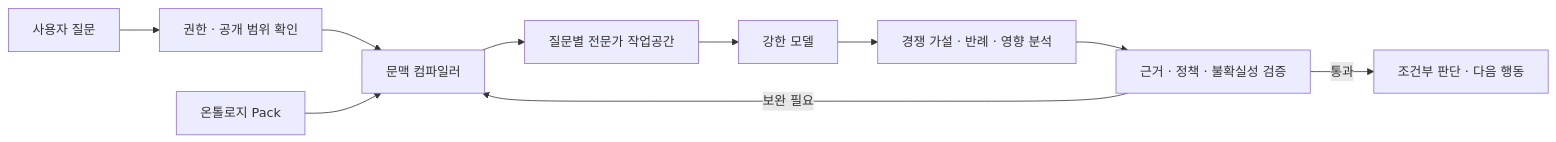
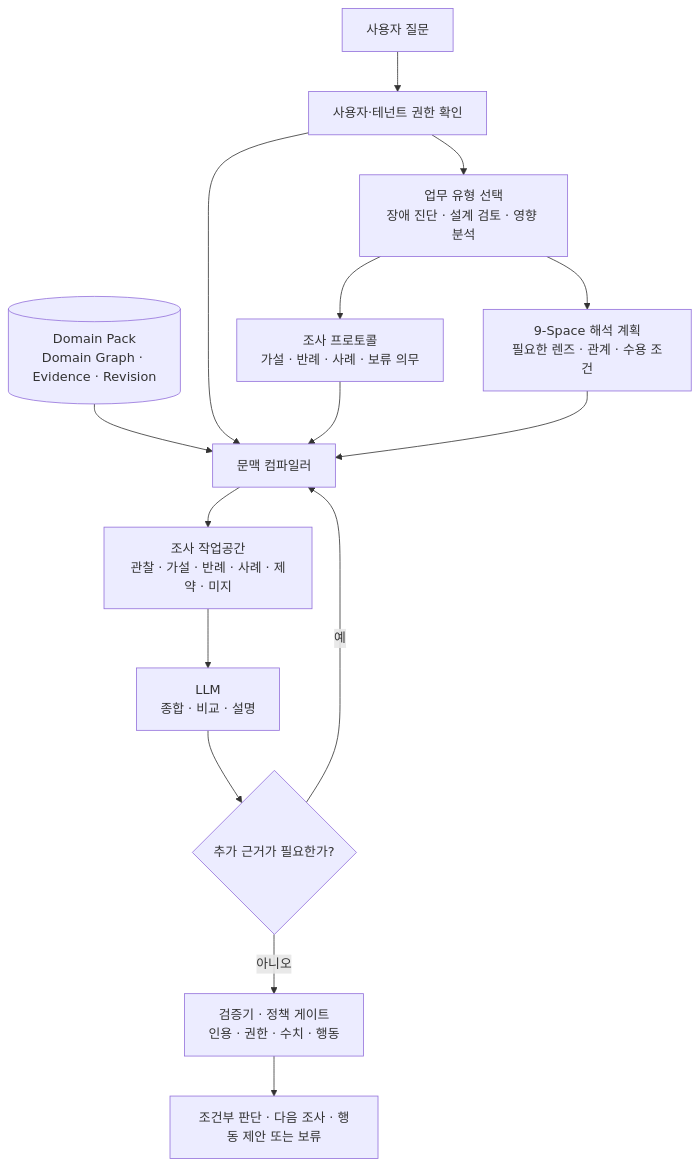
Before and after one commit to tteggu87/tteggu87.github.io: the diagram in content/notes/ontology-expertise-pack.md, drawn with Mermaid. The commit also changed other lines of this file, not shown here.

````diff
--- a/content/notes/ontology-expertise-pack.md
+++ b/content/notes/ontology-expertise-pack.md
@@ -143,12 +135,19 @@
 ```mermaid
-flowchart LR
-    Q[사용자 질문] --> A[권한 · 공개 범위 확인]
-    A --> C[문맥 컴파일러]
-    P[온톨로지 Pack] --> C
-    C --> W[질문별 전문가 작업공간]
-    W --> M[강한 모델]
-    M --> H[경쟁 가설 · 반례 · 영향 분석]
-    H --> V[근거 · 정책 · 불확실성 검증]
-    V -->|보완 필요| C
-    V -->|통과| O[조건부 판단 · 다음 행동]
+flowchart TD
+    Q[사용자 질문] --> A[사용자·테넌트 권한 확인]
+    A --> T[업무 유형 선택<br/>장애 진단 · 설계 검토 · 영향 분석]
+    T --> P[조사 프로토콜<br/>가설 · 반례 · 사례 · 보류 의무]
+    T --> I[9-Space 해석 계획<br/>필요한 렌즈 · 관계 · 수용 조건]
+
+    D[(Domain Pack<br/>Domain Graph · Evidence · Revision)] --> C[문맥 컴파일러]
+    A --> C
+    P --> C
+    I --> C
+
+    C --> B[조사 작업공간<br/>관찰 · 가설 · 반례 · 사례 · 제약 · 미지]
+    B --> L[LLM<br/>종합 · 비교 · 설명]
+    L --> N{추가 근거가 필요한가?}
+    N -->|예| C
+    N -->|아니오| V[검증기 · 정책 게이트<br/>인용 · 권한 · 수치 · 행동]
+    V --> O[조건부 판단 · 다음 조사 · 행동 제안 또는 보류]
 ```
````
